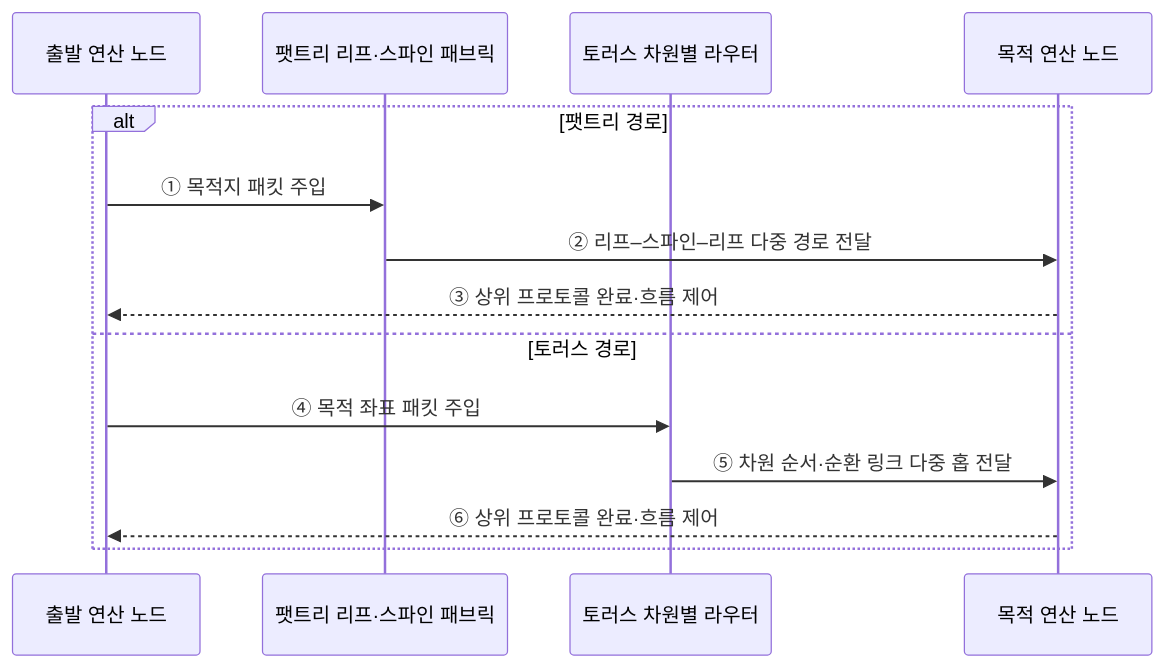
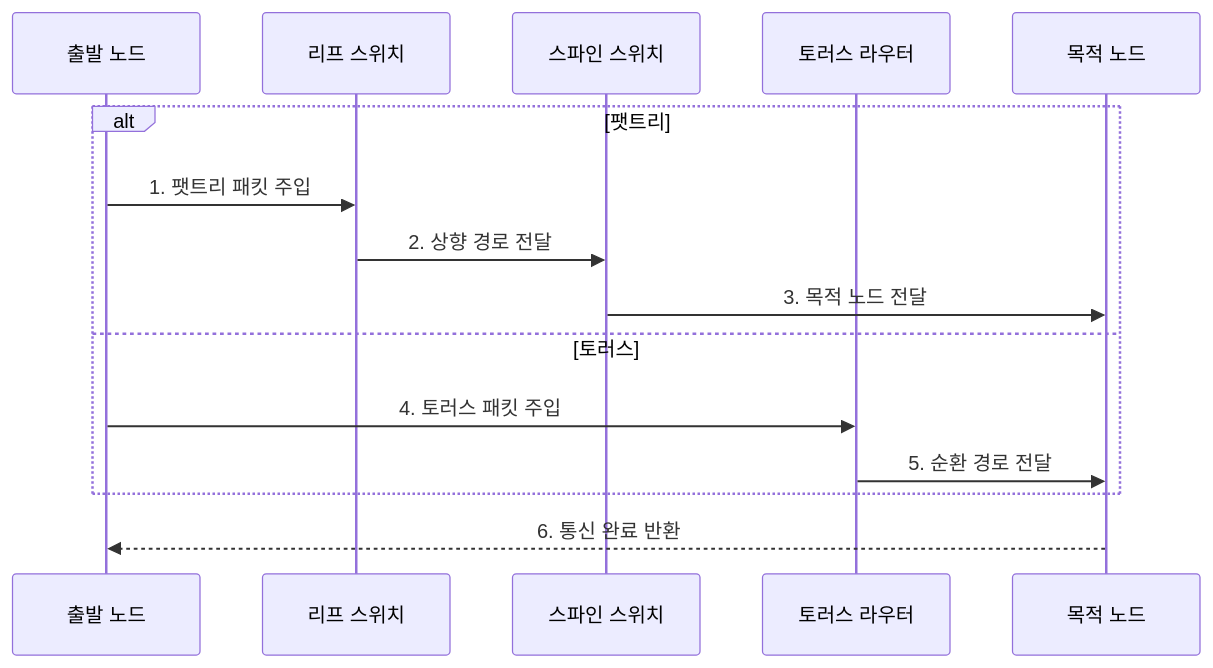
One commit to agnusdei1207/knowledge-base changed the second of 2 diagrams in src/content/docs/notes/02-hardware/094_interconnect_topology_fat_tree_torus.md. Above: the diagram before and after it, drawn with Mermaid. The commit also changed other lines of this file and 20 other files, not shown here.

````diff
--- a/src/content/docs/notes/02-hardware/094_interconnect_topology_fat_tree_torus.md
+++ b/src/content/docs/notes/02-hardware/094_interconnect_topology_fat_tree_torus.md
@@ -92,17 +94,17 @@
 ```mermaid
 sequenceDiagram
-    participant S as 출발 연산 노드
-    participant F as 팻트리 리프·스파인 패브릭
-    participant T as 토러스 차원별 라우터
-    participant D as 목적 연산 노드
-
-    alt 팻트리 경로
-        S->>F: ① 목적지 패킷 주입
-        F->>D: ② 리프–스파인–리프 다중 경로 전달
-        D-->>S: ③ 상위 프로토콜 완료·흐름 제어
-    else 토러스 경로
-        S->>T: ④ 목적 좌표 패킷 주입
-        T->>D: ⑤ 차원 순서·순환 링크 다중 홉 전달
-        D-->>S: ⑥ 상위 프로토콜 완료·흐름 제어
+    participant S as 출발 노드
+    participant L as 리프 스위치
+    participant P as 스파인 스위치
+    participant R as 토러스 라우터
+    participant D as 목적 노드
+    alt 팻트리
+        S->>L: 1. 팻트리 패킷 주입
+        L->>P: 2. 상향 경로 전달
+        P->>D: 3. 목적 노드 전달
+    else 토러스
+        S->>R: 4. 토러스 패킷 주입
+        R->>D: 5. 순환 경로 전달
     end
+    D-->>S: 6. 통신 완료 반환
 ```
````
